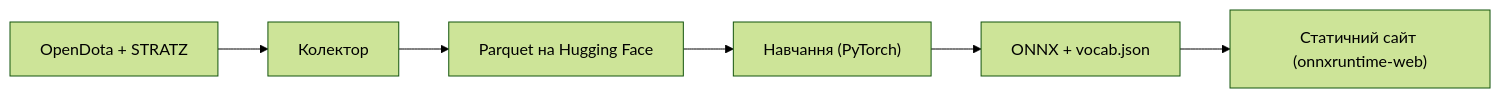
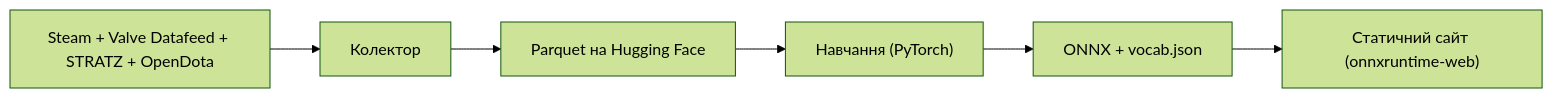
Before and after one commit to ElRizeru/d2oracle: the diagram in README.uk.md, drawn with Mermaid (forest theme). The commit also changed other lines of this file and 24 other files, not shown here.

Commit message:
Integrate Steam Web API and Valve Datafeed for patch 7.42 collection

````diff
--- a/README.uk.md
+++ b/README.uk.md
@@ -50,8 +50,8 @@
 ```mermaid
 flowchart LR
-    A["OpenDota + STRATZ"] --> B["Колектор"]
+    A["Steam + Valve Datafeed + STRATZ + OpenDota"] --> B["Колектор"]
     B --> C["Parquet на Hugging Face"]
     C --> D["Навчання (PyTorch)"]
     D --> E["ONNX + vocab.json"]
     E --> F["Статичний сайт (onnxruntime-web)"]
 ```
````
